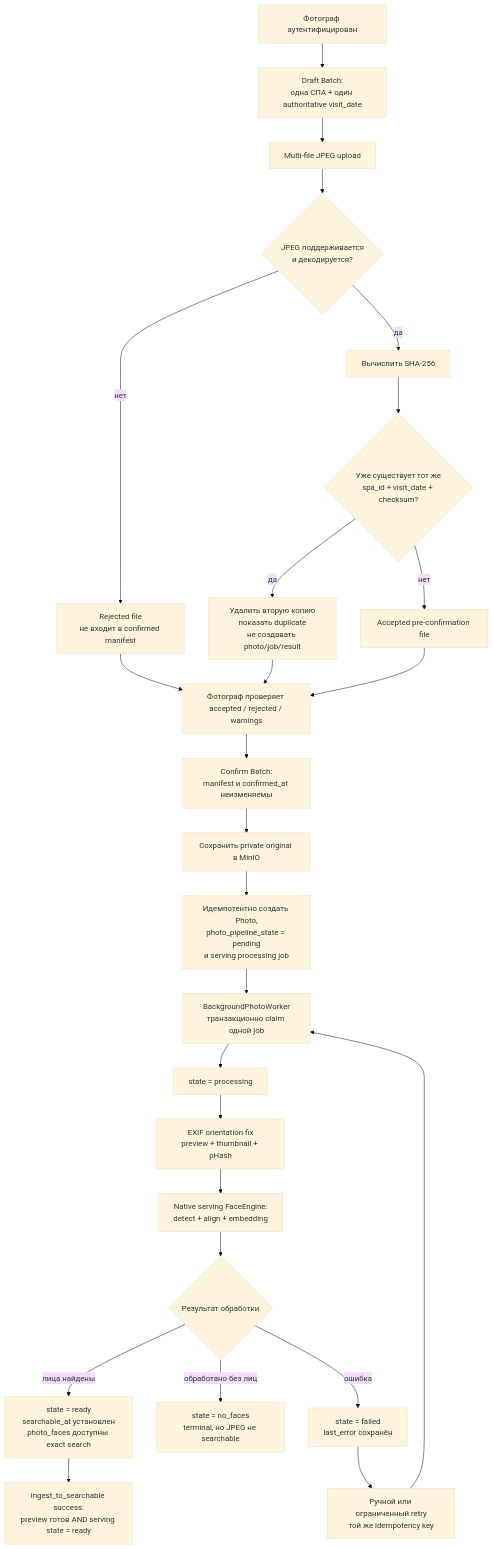
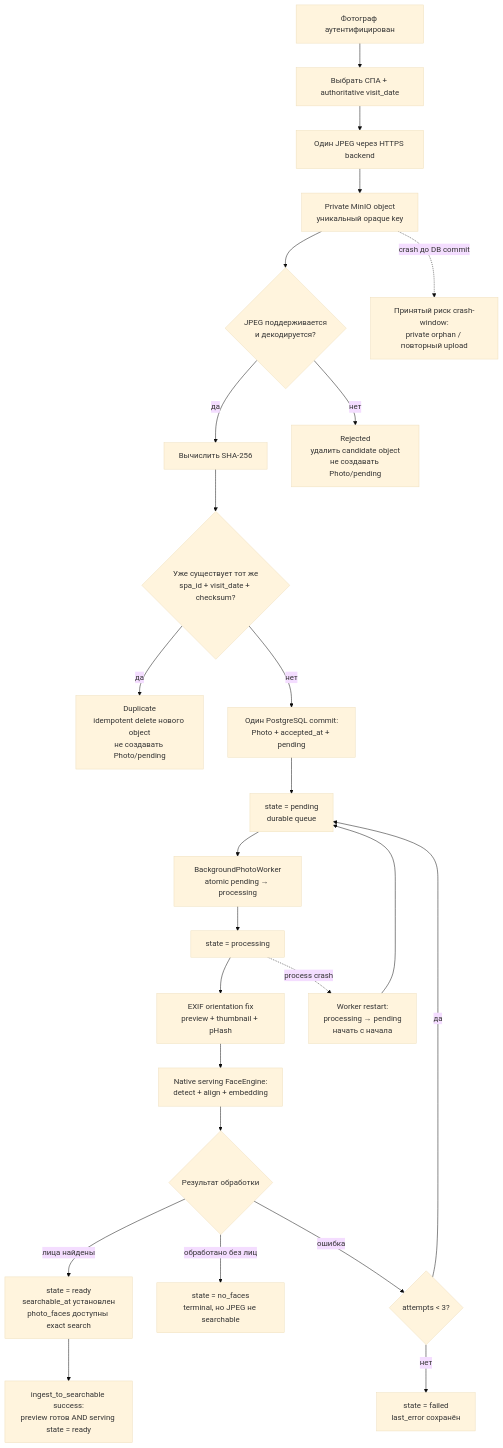
Before and after one commit to nicelight/face_moment: the diagram in mermaids/04-ingest-processing-lifecycle.md, drawn with Mermaid (base theme). The commit also changed other lines of this file and 18 other files, not shown here.

````diff
--- a/mermaids/04-ingest-processing-lifecycle.md
+++ b/mermaids/04-ingest-processing-lifecycle.md
@@ -5,36 +6,39 @@
 ```mermaid
 flowchart TD
     auth["Фотограф аутентифицирован"]
-    draft["Draft Batch:<br/>одна СПА + один authoritative visit_date"]
-    upload["Multi-file JPEG upload"]
+    scope["Выбрать СПА + authoritative visit_date"]
+    upload["Один JPEG через HTTPS backend"]
+    object["Private MinIO object<br/>уникальный opaque key"]
     decode{"JPEG поддерживается<br/>и декодируется?"}
     checksum["Вычислить SHA-256"]
     duplicate{"Уже существует тот же<br/>spa_id + visit_date + checksum?"}
-    rejected["Rejected file<br/>не входит в confirmed manifest"]
-    duplicate_end["Удалить вторую копию<br/>показать duplicate<br/>не создавать photo/job/result"]
-    accepted["Accepted pre-confirmation file"]
-    review["Фотограф проверяет accepted / rejected / warnings"]
-    confirm["Confirm Batch:<br/>manifest и confirmed_at неизменяемы"]
-    original["Сохранить private original в MinIO"]
-    create["Идемпотентно создать Photo,<br/>photo_pipeline_state = pending<br/>и serving processing job"]
-    claim["BackgroundPhotoWorker<br/>транзакционно claim одной job"]
+    rejected["Rejected<br/>удалить candidate object<br/>не создавать Photo/pending"]
+    duplicate_end["Duplicate<br/>idempotent delete нового object<br/>не создавать Photo/pending"]
+    create["Один PostgreSQL commit:<br/>Photo + accepted_at + pending"]
+    orphan["Принятый риск crash-window:<br/>private orphan / повторный upload"]
+    pending["state = pending<br/>durable queue"]
+    claim["BackgroundPhotoWorker<br/>atomic pending → processing"]
     processing["state = processing"]
     derivatives["EXIF orientation fix<br/>preview + thumbnail + pHash"]
     engine["Native serving FaceEngine:<br/>detect + align + embedding"]
     result{"Результат обработки"}
     ready["state = ready<br/>searchable_at установлен<br/>photo_faces доступны exact search"]
     nofaces["state = no_faces<br/>terminal, но JPEG не searchable"]
     failed["state = failed<br/>last_error сохранён"]
-    retry["Ручной или ограниченный retry<br/>той же idempotency key"]
+    retry{"attempts < 3?"}
+    restart["Worker restart:<br/>processing → pending<br/>начать с начала"]
     metric["ingest_to_searchable success:<br/>preview готов AND serving state = ready"]
 
-    auth --> draft --> upload --> decode
-    decode -- "нет" --> rejected --> review
+    auth --> scope --> upload --> object --> decode
+    object -. "crash до DB commit" .-> orphan
+    decode -- "нет" --> rejected
     decode -- "да" --> checksum --> duplicate
-    duplicate -- "да" --> duplicate_end --> review
-    duplicate -- "нет" --> accepted --> review
-    review --> confirm --> original --> create --> claim --> processing --> derivatives --> engine --> result
+    duplicate -- "да" --> duplicate_end
+    duplicate -- "нет" --> create --> pending --> claim --> processing --> derivatives --> engine --> result
     result -- "лица найдены" --> ready --> metric
     result -- "обработано без лиц" --> nofaces
-    result -- "ошибка" --> failed --> retry --> claim
+    result -- "ошибка" --> retry
+    retry -- "да" --> pending
+    retry -- "нет" --> failed
+    processing -. "process crash" .-> restart --> pending
 ```
````
